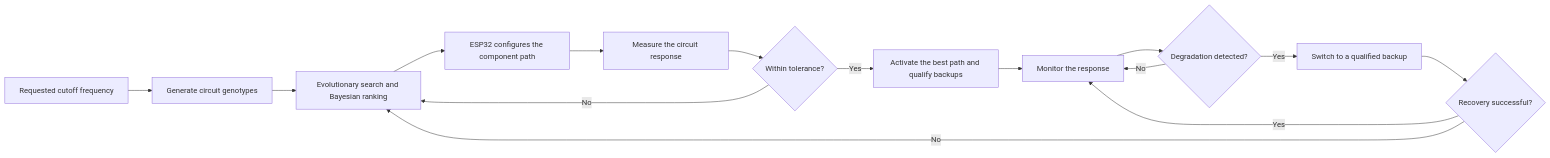
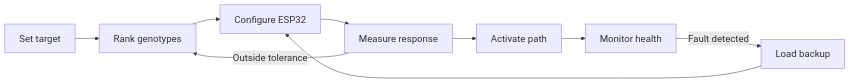
The diagram in README.md (Saikarthik-Ramakrishnan/darwin-board), drawn with Mermaid before and after one commit.

Commit message:
Improve architecture diagram readability

````diff
--- a/README.md
+++ b/README.md
@@ -14,17 +14,12 @@
 ```mermaid
+%%{init: {"themeVariables": {"fontSize": "20px"}}}%%
 flowchart LR
-    A[Requested cutoff frequency] --> B[Generate circuit genotypes]
-    B --> C[Evolutionary search and Bayesian ranking]
-    C --> D[ESP32 configures the component path]
-    D --> E[Measure the circuit response]
-    E --> F{Within tolerance?}
-    F -->|No| C
-    F -->|Yes| G[Activate the best path and qualify backups]
-    G --> H[Monitor the response]
-    H --> I{Degradation detected?}
-    I -->|No| H
-    I -->|Yes| J[Switch to a qualified backup]
-    J --> K{Recovery successful?}
-    K -->|Yes| H
-    K -->|No| C
+    A[Set target] --> B[Rank genotypes]
+    B --> C[Configure ESP32]
+    C --> D[Measure response]
+    D --> E[Activate path]
+    E --> F[Monitor health]
+    D -->|Outside tolerance| B
+    F -->|Fault detected| G[Load backup]
+    G --> C
 ```
````
